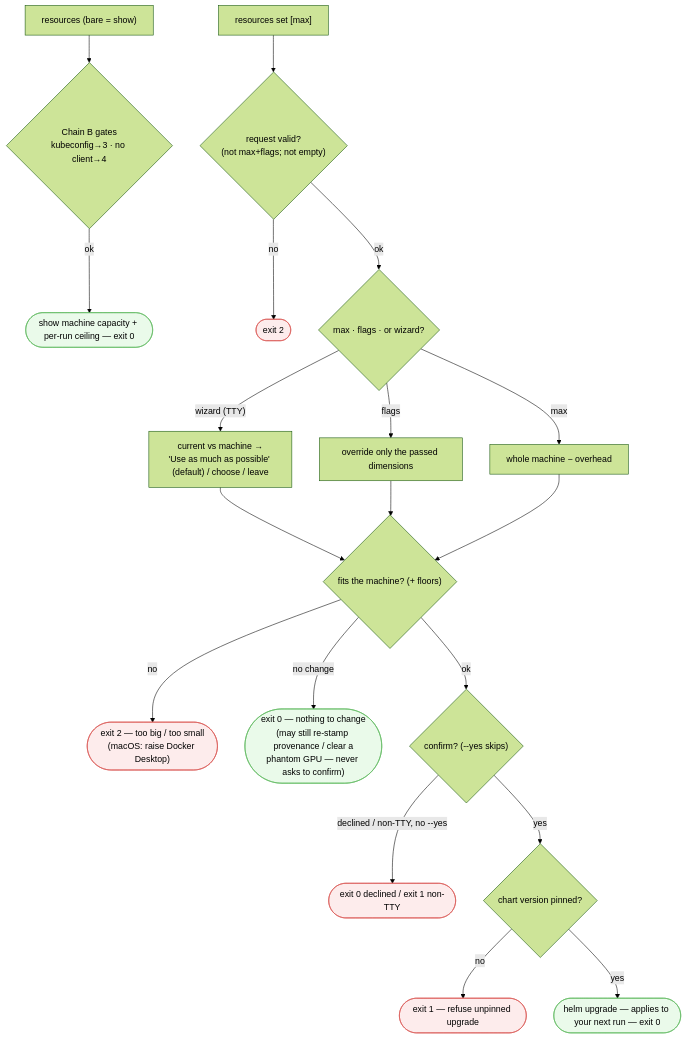
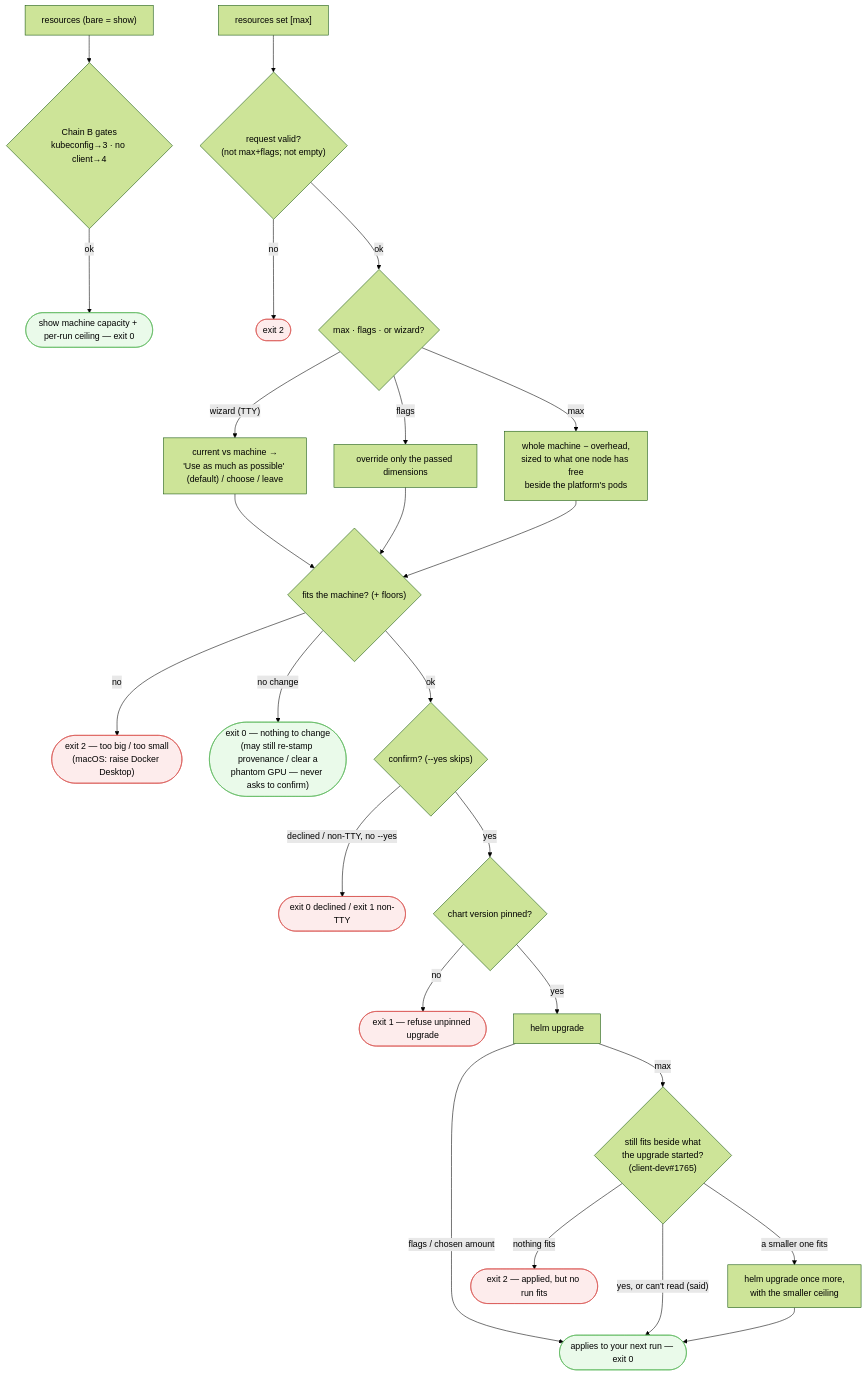
Before and after one commit to tracebloc/cli: the fourth of 4 diagrams in docs/cli-navigation.md, drawn with Mermaid (forest theme). The commit also changed 1 other file, not shown here.

Commit message:
Publish v0.10.93

````diff
--- a/docs/cli-navigation.md
+++ b/docs/cli-navigation.md
@@ -124,27 +124,32 @@
 ```mermaid
 flowchart TD
   R0["resources (bare = show)"] --> Rg{"Chain B gates<br/>kubeconfig→3 · no client→4"}
   Rg -->|ok| RS(["show machine capacity + per-run ceiling — exit 0"]):::ok
 
   RSET["resources set [max]"] --> RVsh{"request valid?<br/>(not max+flags; not empty)"}
   RVsh -->|no| re2a(["exit 2"]):::fail
   RVsh -->|ok| Rmode{"max · flags · or wizard?"}
   Rmode -->|"wizard (TTY)"| RW["current vs machine →<br/>'Use as much as possible' (default) / choose / leave"]
   Rmode -->|flags| RF["override only the passed dimensions"]
-  Rmode -->|max| RM["whole machine − overhead"]
+  Rmode -->|max| RM["whole machine − overhead,<br/>sized to what one node has free<br/>beside the platform's pods"]
   RW --> FIT
   RF --> FIT
   RM --> FIT
 
   FIT{"fits the machine? (+ floors)"}
   FIT -->|no| re2b(["exit 2 — too big / too small<br/>(macOS: raise Docker Desktop)"]):::fail
   FIT -->|"no change"| re0n(["exit 0 — nothing to change<br/>(may still re-stamp provenance / clear a<br/>phantom GPU — never asks to confirm)"]):::ok
   FIT -->|ok| CONF{"confirm? (--yes skips)"}
   CONF -->|"declined / non-TTY, no --yes"| re0c(["exit 0 declined / exit 1 non-TTY"]):::fail
   CONF -->|yes| PIN{"chart version pinned?"}
   PIN -->|no| re1(["exit 1 — refuse unpinned upgrade"]):::fail
-  PIN -->|yes| APPLY(["helm upgrade — applies to your next run — exit 0"]):::ok
+  PIN -->|yes| UP["helm upgrade"]
+  UP -->|"flags / chosen amount"| APPLY(["applies to your next run — exit 0"]):::ok
+  UP -->|max| AGAIN{"still fits beside what<br/>the upgrade started?<br/>(client-dev#1765)"}
+  AGAIN -->|"yes, or can't read (said)"| APPLY
+  AGAIN -->|"a smaller one fits"| DOWN["helm upgrade once more,<br/>with the smaller ceiling"] --> APPLY
+  AGAIN -->|"nothing fits"| re2c(["exit 2 — applied, but no run fits"]):::fail
 
   classDef fail fill:#fdecec,stroke:#d9534f;
   classDef ok fill:#eafaea,stroke:#5cb85c;
 ```
````
